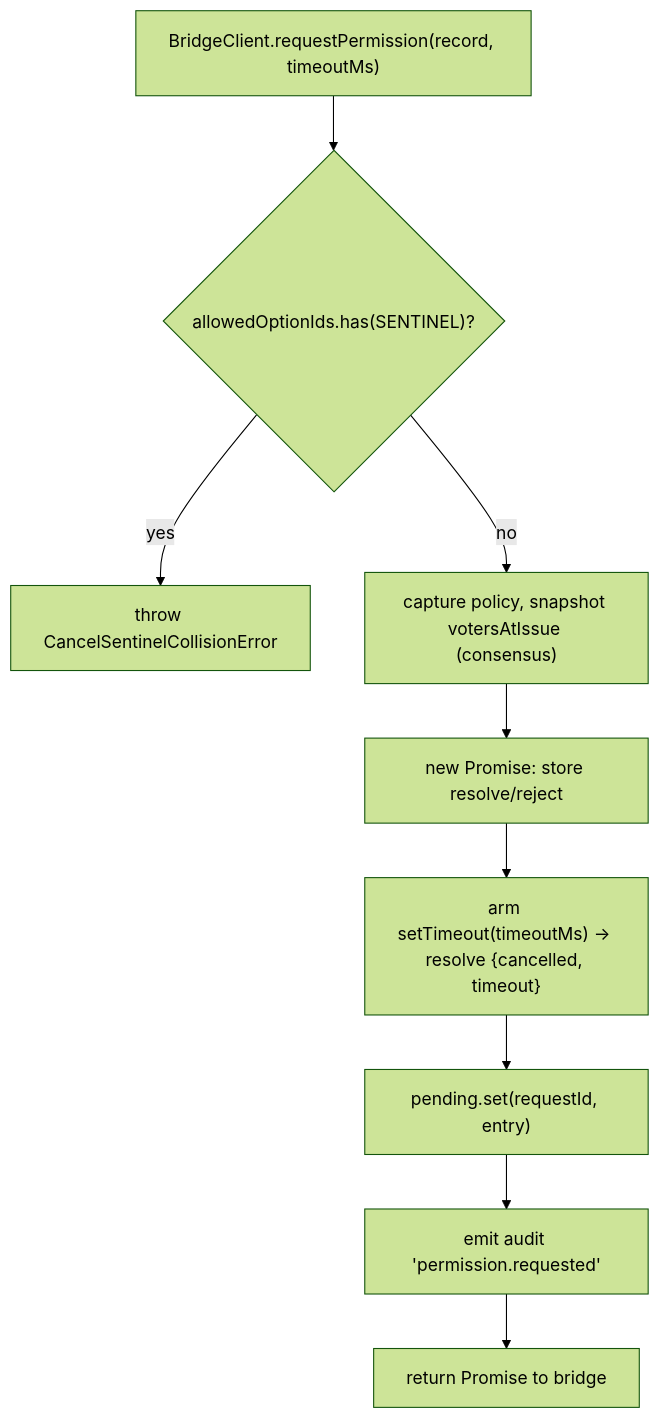
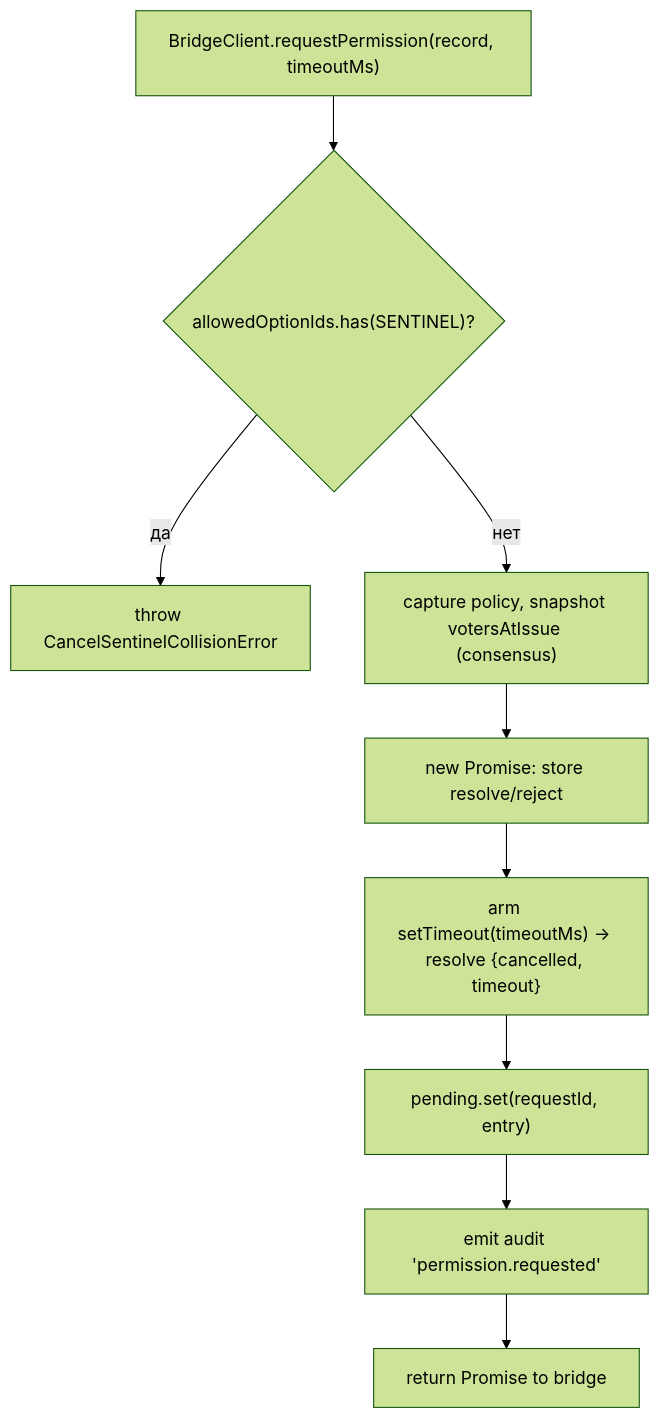
One commit to QwenLM/qwen-code-docs changed the first of 2 diagrams in website/content/ru/developers/daemon/04-permission-mediation.md. Above: the diagram before and after it, drawn with Mermaid (forest theme). The commit also changed other lines of this file and 1077 other files, not shown here.

````diff
--- a/website/content/ru/developers/daemon/04-permission-mediation.md
+++ b/website/content/ru/developers/daemon/04-permission-mediation.md
@@ -105,11 +105,11 @@
 ```mermaid
 flowchart TD
     A["BridgeClient.requestPermission(record, timeoutMs)"] --> B{"allowedOptionIds.has(SENTINEL)?"}
-    B -->|yes| C["throw CancelSentinelCollisionError"]
-    B -->|no| D["capture policy, snapshot votersAtIssue (consensus)"]
+    B -->|да| C["throw CancelSentinelCollisionError"]
+    B -->|нет| D["capture policy, snapshot votersAtIssue (consensus)"]
     D --> E["new Promise: store resolve/reject"]
     E --> F["arm setTimeout(timeoutMs) → resolve {cancelled, timeout}"]
     F --> G["pending.set(requestId, entry)"]
     G --> H["emit audit 'permission.requested'"]
     H --> I["return Promise to bridge"]
 ```
````
